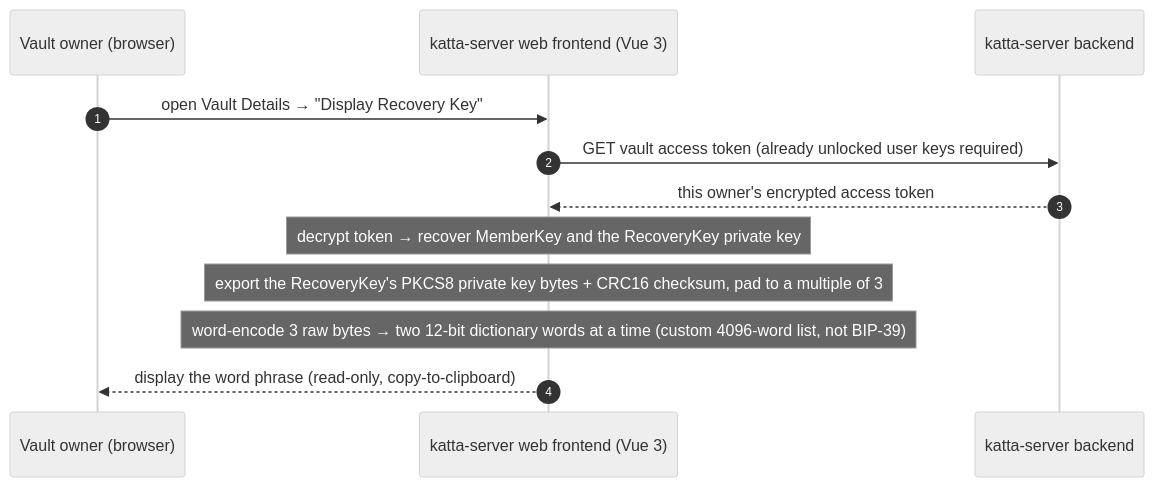
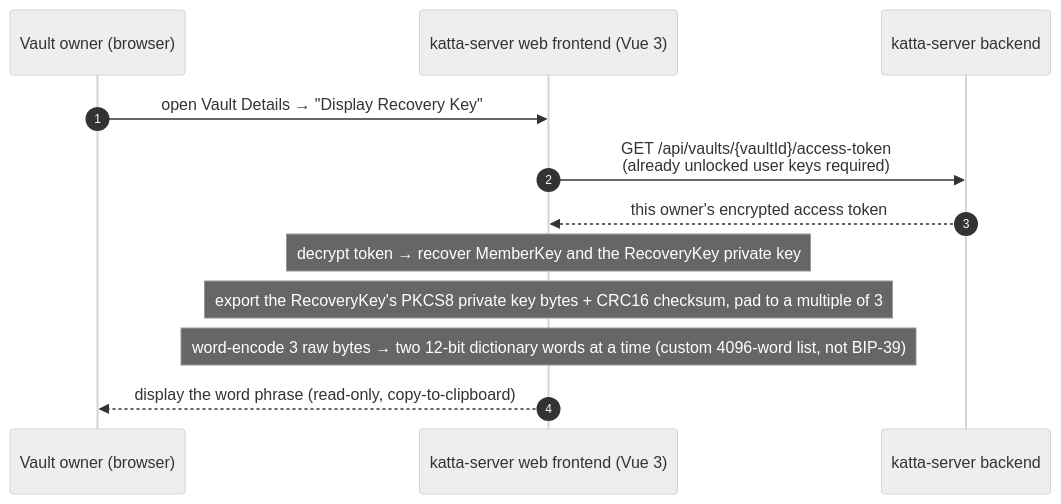
The second of 4 diagrams in docs/recovery_key_interactions.md (shift7-ch/katta-clientlib), drawn with Mermaid (neutral theme) before and after one commit. The commit also changed other lines of this file and 3 other files, not shown here.

First line of the commit message:
Normalize all backend endpoint paths to the /api prefix

````diff
--- a/docs/recovery_key_interactions.md
+++ b/docs/recovery_key_interactions.md
@@ -73,14 +73,14 @@
 ```mermaid
 sequenceDiagram
     autonumber
     participant Owner as Vault owner (browser)
     participant Web as katta-server web frontend (Vue 3)
     participant HubBackend as katta-server backend
     Owner ->> Web: open Vault Details → "Display Recovery Key"
-    Web ->> HubBackend: GET vault access token (already unlocked user keys required)
+    Web ->> HubBackend: GET /api/vaults/{vaultId}/access-token<br/>(already unlocked user keys required)
     HubBackend -->> Web: this owner's encrypted access token
     Note over Web: decrypt token → recover MemberKey and the RecoveryKey private key
     Note over Web: export the RecoveryKey's PKCS8 private key bytes + CRC16 checksum, pad to a multiple of 3
     Note over Web: word-encode 3 raw bytes → two 12-bit dictionary words at a time (custom 4096-word list, not BIP-39)
     Web -->> Owner: display the word phrase (read-only, copy-to-clipboard)
 ```
````
